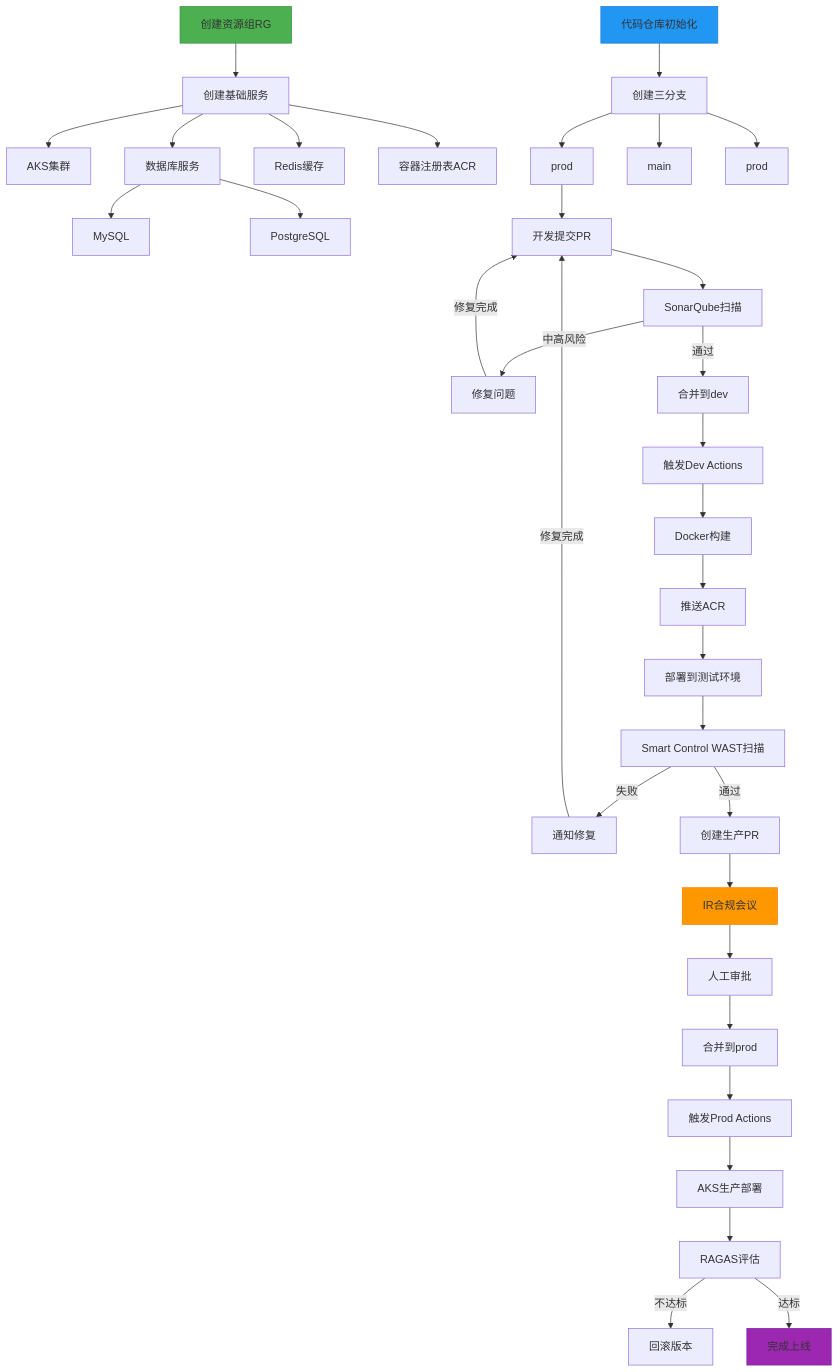
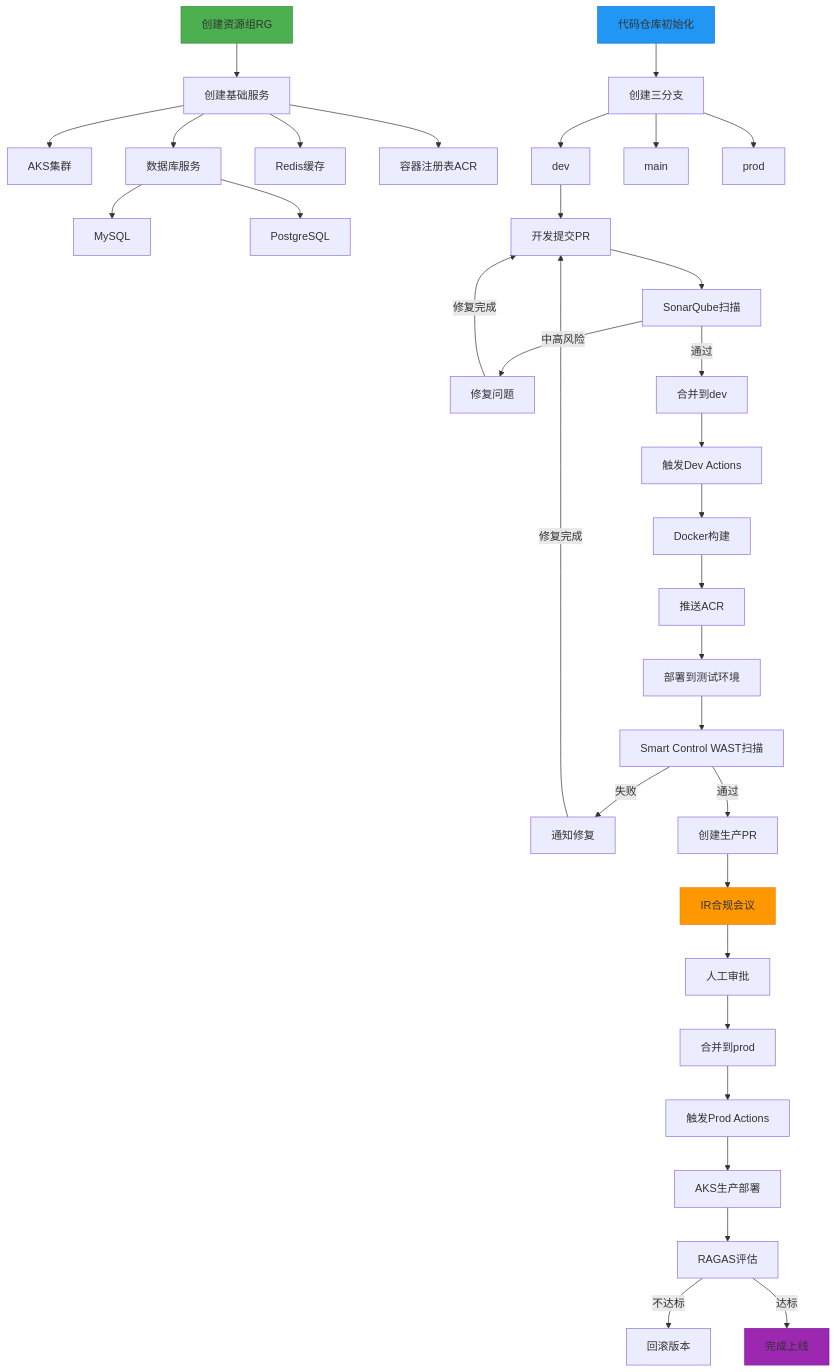
Before and after one commit to funnyData/iodraw-files: the diagram in all/未命名-1.md, drawn with Mermaid.

Commit message:
2025-02-27 01:22:45 update

````diff
--- a/all/未命名-1.md
+++ b/all/未命名-1.md
@@ -1,51 +1,51 @@
 ```mermaid
 graph TD
     A[创建资源组RG] --> B[创建基础服务]
     B --> C[AKS集群]
     B --> D[数据库服务]
     D --> DA[MySQL]
     D --> DB[PostgreSQL]
     B --> E[Redis缓存]
     B --> F[容器注册表ACR]
     
     G[代码仓库初始化] --> H[创建三分支]
-    H --> I[prod]
+    H --> I[dev]
     H --> J[main]
     H --> K[prod]
     
     I --> L[开发提交PR]
     L --> M[SonarQube扫描]
     M -->|中高风险| N[修复问题]
     N -->|修复完成|L
     M -->|通过| O[合并到dev]
     
     O --> P[触发Dev Actions]
     P --> Q[Docker构建]
     Q --> R[推送ACR]
     R --> S[部署到测试环境]
     
     S --> T[Smart Control WAST扫描]
     T -->|失败| U[通知修复]
     U --> |修复完成|L
     
     T -->|通过| V[创建生产PR]
     
     V --> W[IR合规会议]
     W --> X[人工审批]
     X --> Y[合并到prod]
     
     Y --> Z[触发Prod Actions]
     Z --> AC[AKS生产部署]
     %% Z --> AA[安全扫描]
     %% AA -->|高风险| AB[终止部署]
     %% AA -->|通过| AC[AKS生产部署]
     
     AC --> AD[RAGAS评估]
     AD -->|不达标| AE[回滚版本]
     AD -->|达标| AF[完成上线]
     
     style A fill:#4CAF50,stroke:#388E3C
     style G fill:#2196F3,stroke:#1976D2
     style W fill:#FF9800,stroke:#F57C00
     style AF fill:#9C27B0,stroke:#7B1FA2
 ```
````
